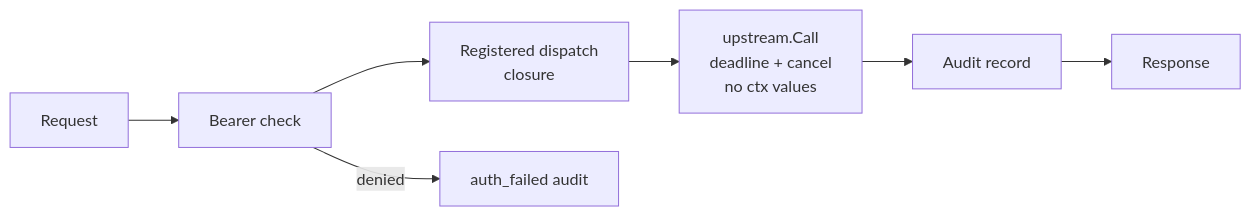
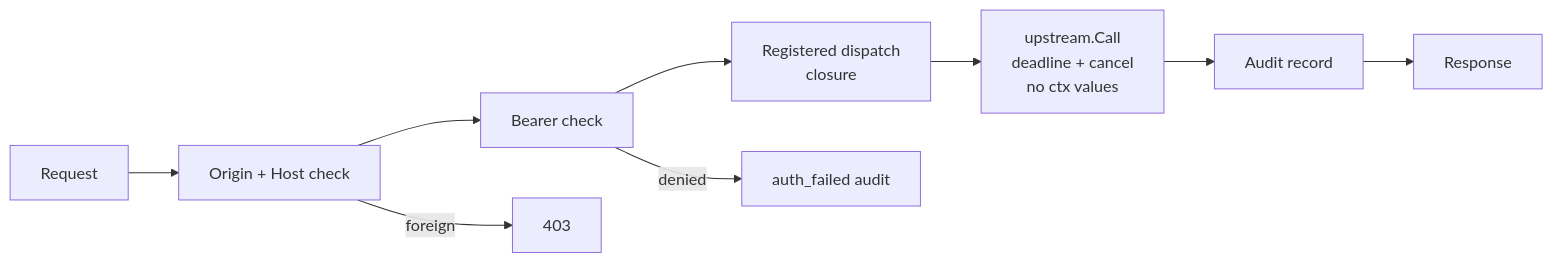
The third of 3 diagrams in docs/ARCHITECTURE.md (gettoolhost/toolhost-local), drawn with Mermaid before and after one commit. The commit also changed other lines of this file and 4 other files, not shown here.

First line of the commit message:
fix(frontdoor): refuse a foreign Origin or Host on every route

````diff
--- a/docs/ARCHITECTURE.md
+++ b/docs/ARCHITECTURE.md
@@ -52,5 +52,6 @@
 ```mermaid
 flowchart LR
-  request["Request"] --> bearer["Bearer check"] --> dispatch["Registered dispatch<br/>closure"] --> call["upstream.Call<br/>deadline + cancel<br/>no ctx values"] --> audit["Audit record"] --> response["Response"]
+  request["Request"] --> local["Origin + Host check"] --> bearer["Bearer check"] --> dispatch["Registered dispatch<br/>closure"] --> call["upstream.Call<br/>deadline + cancel<br/>no ctx values"] --> audit["Audit record"] --> response["Response"]
+  local -->|foreign| forbidden["403"]
   bearer -->|denied| failure["auth_failed audit"]
 ```
````
